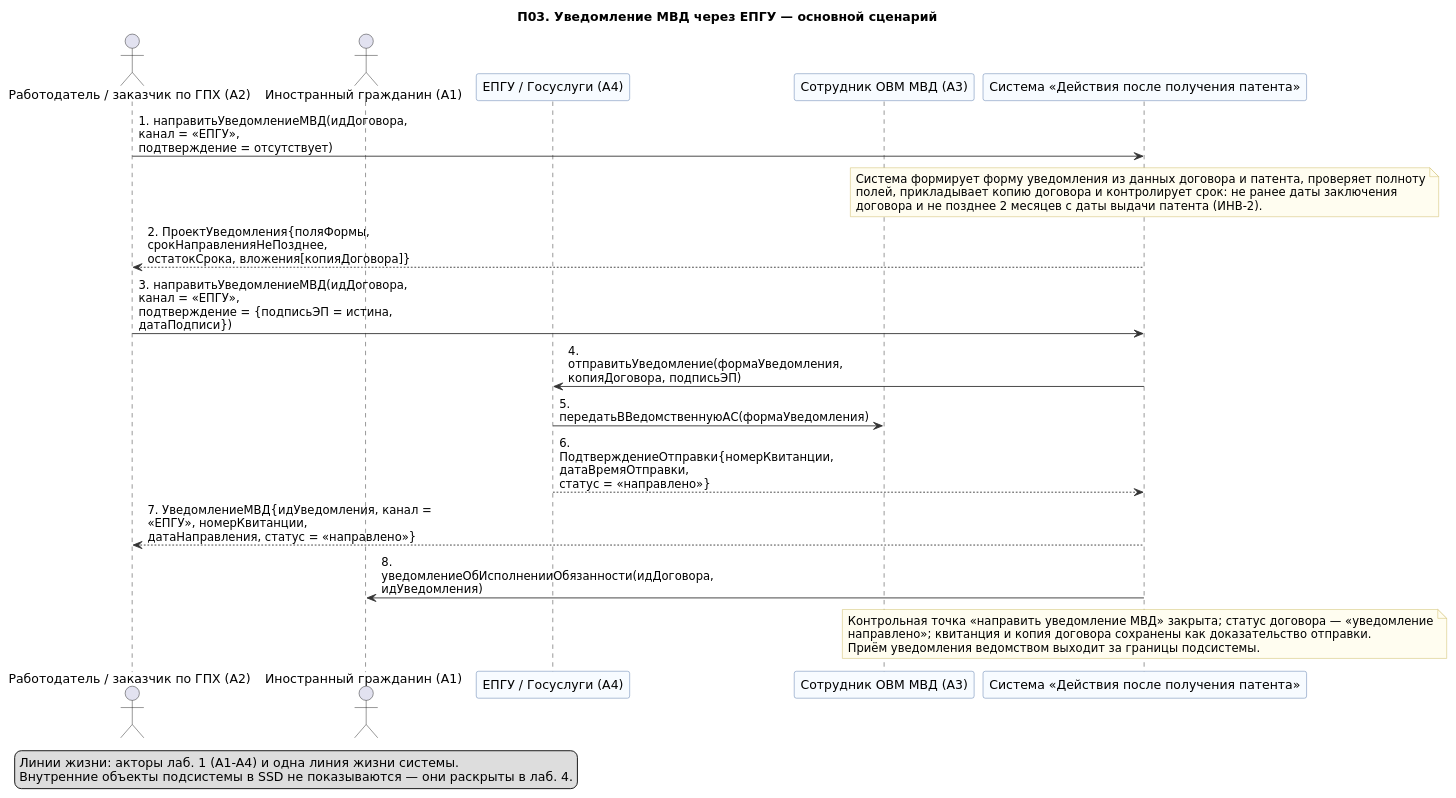
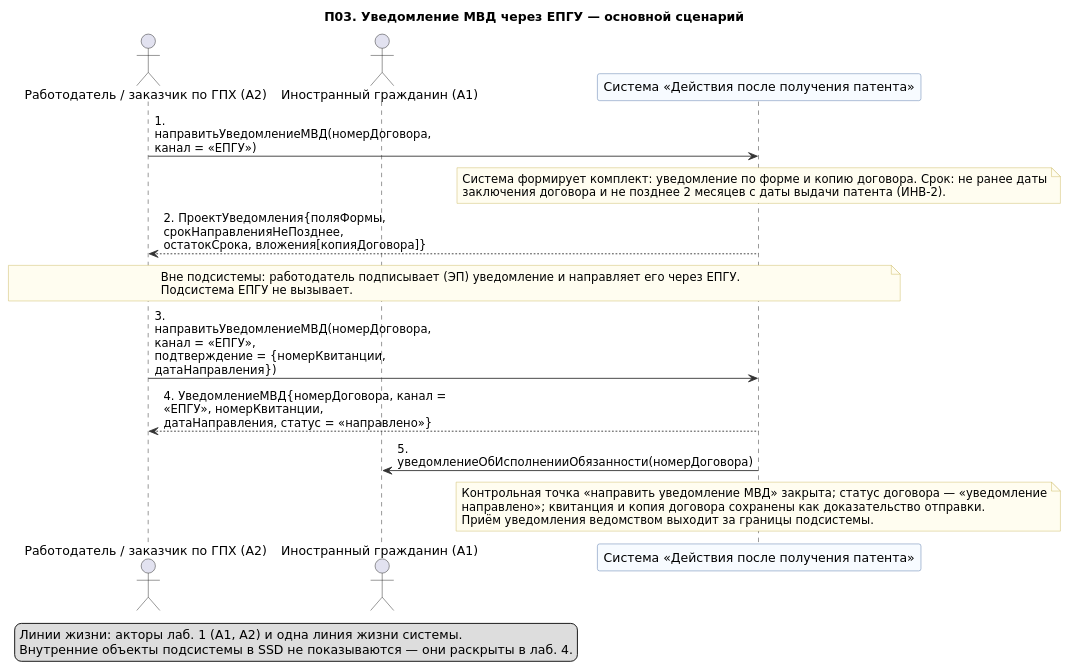
The diagram in lab3-sequence-diagrams/diagrams/05-p03-osnovnoy.puml (mflkee/fms-course), drawn with PlantUML before and after one commit. The commit also changed 41 other files, not shown here.

Commit message:
ФМС: канон отправки и просрочки, 78 тестов, кардинальности без 1..*, читаемая диаграмма прецедентов

```diff
--- a/lab3-sequence-diagrams/diagrams/05-p03-osnovnoy.puml
+++ b/lab3-sequence-diagrams/diagrams/05-p03-osnovnoy.puml
@@ -1,49 +1,47 @@
 @startuml 05-p03-osnovnoy
 ' Лаб. 3: системная диаграмма последовательностей (SSD, «чёрный ящик»)
 ' Прецедент: П03 — основной успешный сценарий (канал ЕПГУ)
 ' Проверка: plantuml -checkonly 05-p03-osnovnoy.puml ; рендер: plantuml -tpng 05-p03-osnovnoy.puml
 ' Репозиторий: https://github.com/mflkee/fms-course
 
 title П03. Уведомление МВД через ЕПГУ — основной сценарий
 skinparam shadowing false
 skinparam defaultFontName "DejaVu Sans"
 skinparam maxMessageSize 320
 skinparam sequenceMessageAlign left
 skinparam ParticipantBackgroundColor #F7FBFF
 skinparam ParticipantBorderColor #4A6FA5
 skinparam LifeLineBorderColor #9DB4D0
 skinparam ArrowColor #333333
 skinparam NoteBackgroundColor #FFFDF0
 skinparam NoteBorderColor #C9B458
 
 actor "Работодатель / заказчик по ГПХ (A2)" as EMP
 actor "Иностранный гражданин (A1)" as CIT
-participant "ЕПГУ / Госуслуги (A4)" as EPGU
-participant "Сотрудник ОВМ МВД (A3)" as MVD
 participant "Система «Действия после получения патента»" as SYS
 
-EMP -> SYS : 1. направитьУведомлениеМВД(идДоговора, канал = «ЕПГУ»,\nподтверждение = отсутствует)
+EMP -> SYS : 1. направитьУведомлениеМВД(номерДоговора, канал = «ЕПГУ»)
 note over SYS
-  Система формирует форму уведомления из данных договора и патента, проверяет полноту
-  полей, прикладывает копию договора и контролирует срок: не ранее даты заключения
-  договора и не позднее 2 месяцев с даты выдачи патента (ИНВ-2).
+  Система формирует комплект: уведомление по форме и копию договора. Срок: не ранее даты
+  заключения договора и не позднее 2 месяцев с даты выдачи патента (ИНВ-2).
 end note
 SYS --> EMP : 2. ПроектУведомления{поляФормы, срокНаправленияНеПозднее,\nостатокСрока, вложения[копияДоговора]}
-EMP -> SYS : 3. направитьУведомлениеМВД(идДоговора, канал = «ЕПГУ»,\nподтверждение = {подписьЭП = истина, датаПодписи})
-SYS -> EPGU : 4. отправитьУведомление(формаУведомления, копияДоговора, подписьЭП)
-EPGU -> MVD : 5. передатьВВедомственнуюАС(формаУведомления)
-EPGU --> SYS : 6. ПодтверждениеОтправки{номерКвитанции, датаВремяОтправки,\nстатус = «направлено»}
-SYS --> EMP : 7. УведомлениеМВД{идУведомления, канал = «ЕПГУ», номерКвитанции,\nдатаНаправления, статус = «направлено»}
-SYS -> CIT : 8. уведомлениеОбИсполненииОбязанности(идДоговора, идУведомления)
+note over EMP, SYS
+  Вне подсистемы: работодатель подписывает (ЭП) уведомление и направляет его через ЕПГУ.
+  Подсистема ЕПГУ не вызывает.
+end note
+EMP -> SYS : 3. направитьУведомлениеМВД(номерДоговора, канал = «ЕПГУ»,\nподтверждение = {номерКвитанции, датаНаправления})
+SYS --> EMP : 4. УведомлениеМВД{номерДоговора, канал = «ЕПГУ», номерКвитанции,\nдатаНаправления, статус = «направлено»}
+SYS -> CIT : 5. уведомлениеОбИсполненииОбязанности(номерДоговора)
 note over SYS
   Контрольная точка «направить уведомление МВД» закрыта; статус договора — «уведомление
   направлено»; квитанция и копия договора сохранены как доказательство отправки.
   Приём уведомления ведомством выходит за границы подсистемы.
 end note
 
 legend bottom left
-  Линии жизни: акторы лаб. 1 (A1–A4) и одна линия жизни системы.
+  Линии жизни: акторы лаб. 1 (A1, A2) и одна линия жизни системы.
   Внутренние объекты подсистемы в SSD не показываются — они раскрыты в лаб. 4.
 end legend
 
 @enduml
```
